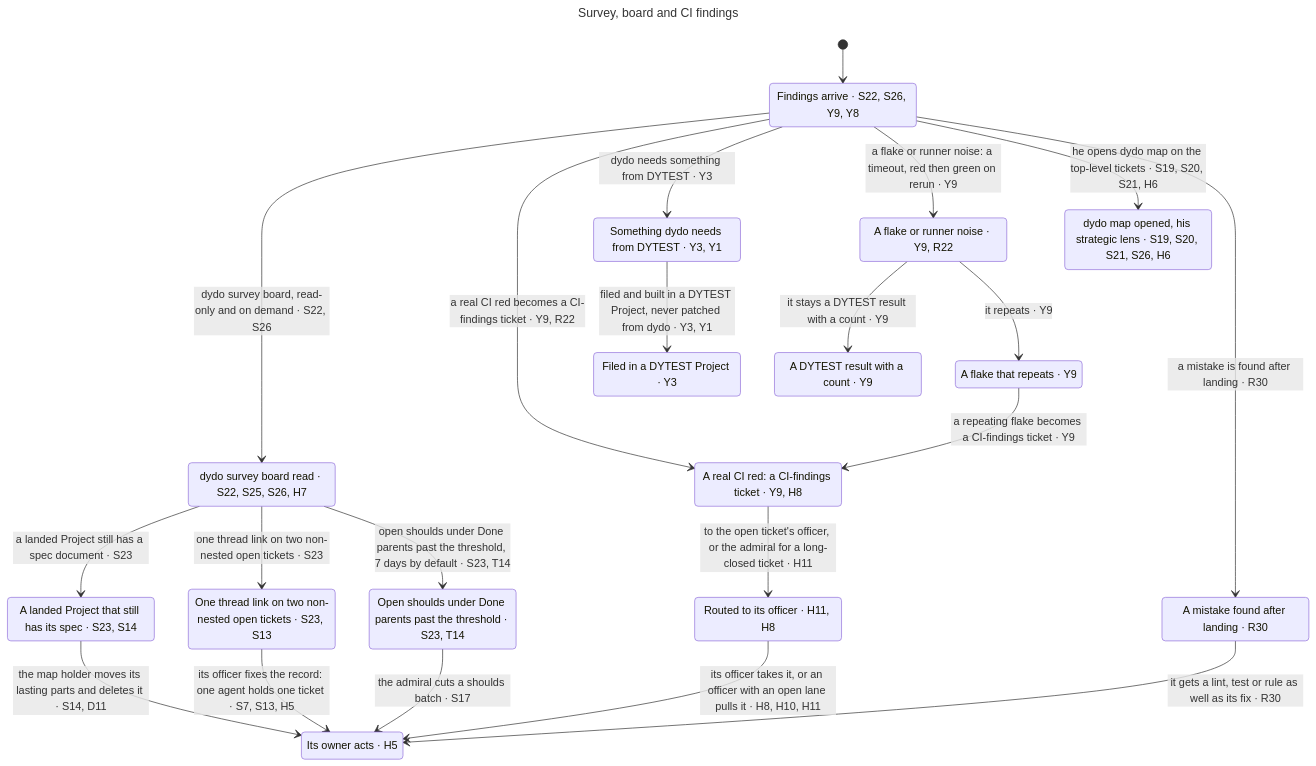
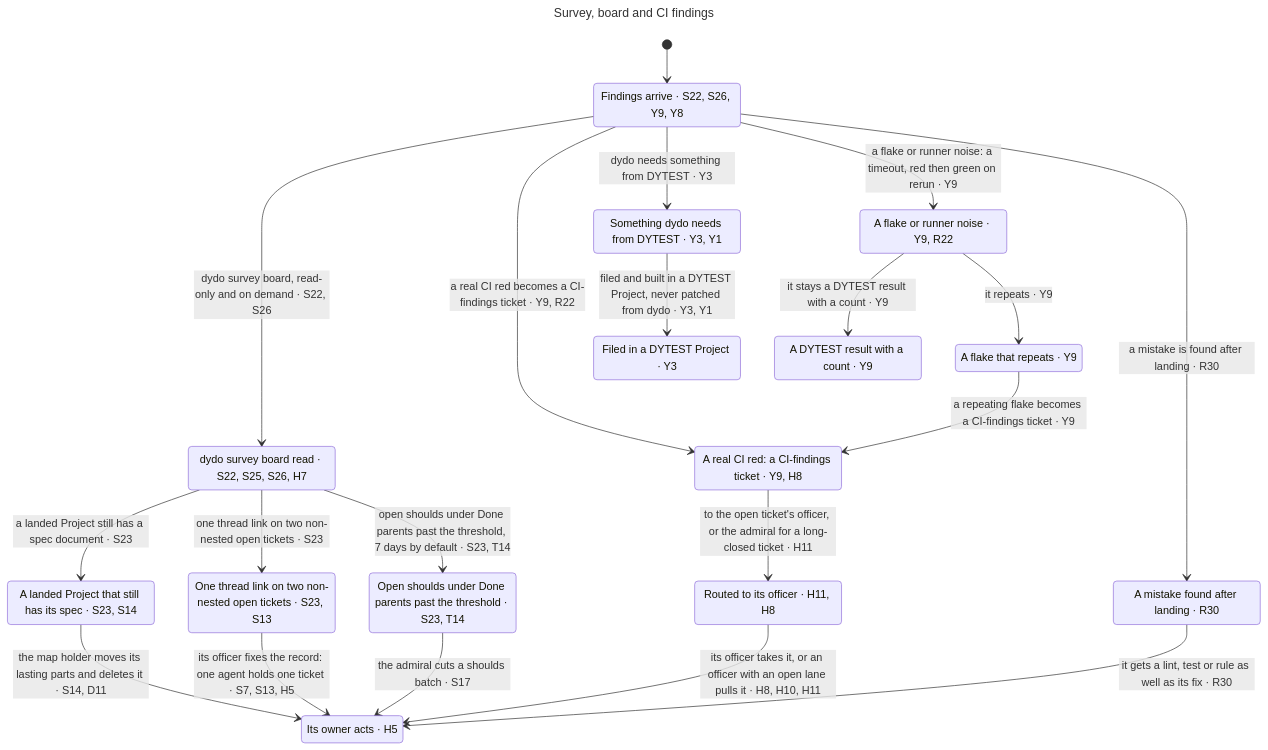
One commit to BalazsOrg/dydo changed the diagram in claims/statechart/findings/chart.mmd. Above: the diagram before and after it, drawn with Mermaid. The commit also changed 132 other files, not shown here.

```diff
--- a/claims/statechart/findings/chart.mmd
+++ b/claims/statechart/findings/chart.mmd
@@ -1,39 +1,37 @@
 ---
 title: "Survey, board and CI findings"
 ---
 stateDiagram-v2
   s0: Findings arrive #183; S22, S26, Y9, Y8
   s1: dydo survey board read #183; S22, S25, S26, H7
   s2: A real CI red: a CI-findings ticket #183; Y9, H8
   s3: Something dydo needs from DYTEST #183; Y3, Y1
   s4: A flake or runner noise #183; Y9, R22
-  s5: dydo map opened, his strategic lens #183; S19, S20, S21, S26, H6
-  s6: A mistake found after landing #183; R30
-  s7: Its owner acts #183; H5
-  s8: A DYTEST result with a count #183; Y9
-  s9: Filed in a DYTEST Project #183; Y3
-  s10: A landed Project that still has its spec #183; S23, S14
-  s11: A flake that repeats #183; Y9
-  s12: Routed to its officer #183; H11, H8
-  s13: One thread link on two non-nested open tickets #183; S23, S13
-  s14: Open shoulds under Done parents past the threshold #183; S23, T14
+  s5: A mistake found after landing #183; R30
+  s6: Its owner acts #183; H5
+  s7: A DYTEST result with a count #183; Y9
+  s8: Filed in a DYTEST Project #183; Y3
+  s9: A landed Project that still has its spec #183; S23, S14
+  s10: A flake that repeats #183; Y9
+  s11: Routed to its officer #183; H11, H8
+  s12: One thread link on two non-nested open tickets #183; S23, S13
+  s13: Open shoulds under Done parents past the threshold #183; S23, T14
   [*] --> s0
   s0 --> s1: dydo survey board, read-only and on demand #183; S22, S26
   s0 --> s2: a real CI red becomes a CI-findings ticket #183; Y9, R22
   s0 --> s3: dydo needs something from DYTEST #183; Y3
   s0 --> s4: a flake or runner noise: a timeout, red then green on rerun #183; Y9
-  s0 --> s5: he opens dydo map on the top-level tickets #183; S19, S20, S21, H6
-  s0 --> s6: a mistake is found after landing #183; R30
-  s1 --> s10: a landed Project still has a spec document #183; S23
-  s1 --> s13: one thread link on two non-nested open tickets #183; S23
-  s1 --> s14: open shoulds under Done parents past the threshold, 7 days by default #183; S23, T14
-  s2 --> s12: to the open ticket's officer, or the admiral for a long-closed ticket #183; H11
-  s3 --> s9: filed and built in a DYTEST Project, never patched from dydo #183; Y3, Y1
-  s4 --> s8: it stays a DYTEST result with a count #183; Y9
-  s4 --> s11: it repeats #183; Y9
-  s6 --> s7: it gets a lint, test or rule as well as its fix #183; R30
-  s10 --> s7: the map holder moves its lasting parts and deletes it #183; S14, D11
-  s11 --> s2: a repeating flake becomes a CI-findings ticket #183; Y9
-  s12 --> s7: its officer takes it, or an officer with an open lane pulls it #183; H8, H10, H11
-  s13 --> s7: its officer fixes the record: one agent holds one ticket #183; S7, S13, H5
-  s14 --> s7: the admiral cuts a shoulds batch #183; S17
+  s0 --> s5: a mistake is found after landing #183; R30
+  s1 --> s9: a landed Project still has a spec document #183; S23
+  s1 --> s12: one thread link on two non-nested open tickets #183; S23
+  s1 --> s13: open shoulds under Done parents past the threshold, 7 days by default #183; S23, T14
+  s2 --> s11: to the open ticket's officer, or the admiral for a long-closed ticket #183; H11
+  s3 --> s8: filed and built in a DYTEST Project, never patched from dydo #183; Y3, Y1
+  s4 --> s7: it stays a DYTEST result with a count #183; Y9
+  s4 --> s10: it repeats #183; Y9
+  s5 --> s6: it gets a lint, test or rule as well as its fix #183; R30
+  s9 --> s6: the map holder moves its lasting parts and deletes it #183; S14, D11
+  s10 --> s2: a repeating flake becomes a CI-findings ticket #183; Y9
+  s11 --> s6: its officer takes it, or an officer with an open lane pulls it #183; H8, H10, H11
+  s12 --> s6: its officer fixes the record: one agent holds one ticket #183; S7, S13, H5
+  s13 --> s6: the admiral cuts a shoulds batch #183; S17
```
